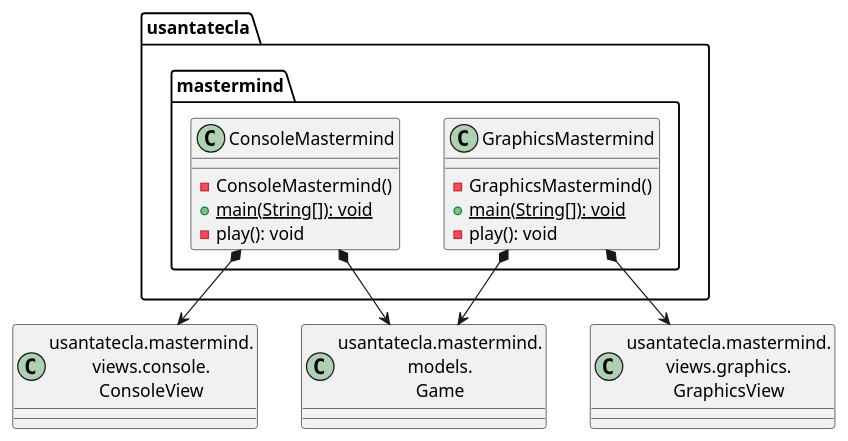
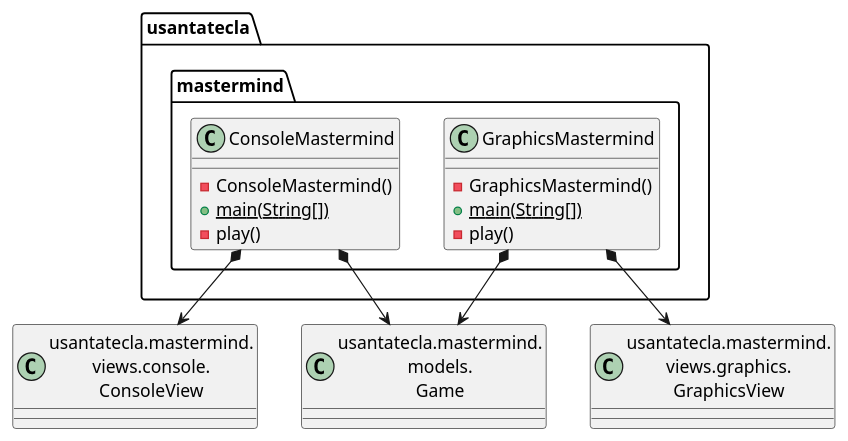
Before and after one commit to SantaTecla-mastermind/solution.java.swing.socket.sql: the first of 6 diagrams in documentView/withoutFactoryMethod/docs/diagrams/src/paquetes.plantuml, drawn with PlantUML. The commit also changed other lines of this file and 20 other files, not shown here.

Commit message:
Fix some tests and diagrams

```diff
--- a/documentView/withoutFactoryMethod/docs/diagrams/src/paquetes.plantuml
+++ b/documentView/withoutFactoryMethod/docs/diagrams/src/paquetes.plantuml
@@ -1,22 +1,22 @@
 @startuml usantatecla.mastermind
 class usantatecla.mastermind.ConsoleMastermind{
 - ConsoleMastermind()
-+ {static} main(String[]): void
-- play(): void
++ {static} main(String[])
+- play()
 }
 
 class usantatecla.mastermind.GraphicsMastermind{
 - GraphicsMastermind()
-+ {static} main(String[]): void
-- play(): void
++ {static} main(String[])
+- play()
 }
 
 class ConsoleView as "usantatecla.mastermind.\nviews.console.\nConsoleView"{}
 class GraphicsView as "usantatecla.mastermind.\nviews.graphics.\nGraphicsView"{}
 class Game as "usantatecla.mastermind.\nmodels.\nGame"{}
 usantatecla.mastermind.ConsoleMastermind *-down-> ConsoleView
 usantatecla.mastermind.ConsoleMastermind *-down-> Game
 usantatecla.mastermind.GraphicsMastermind *-down-> GraphicsView
 usantatecla.mastermind.GraphicsMastermind *-down-> Game
 
 @enduml
```
